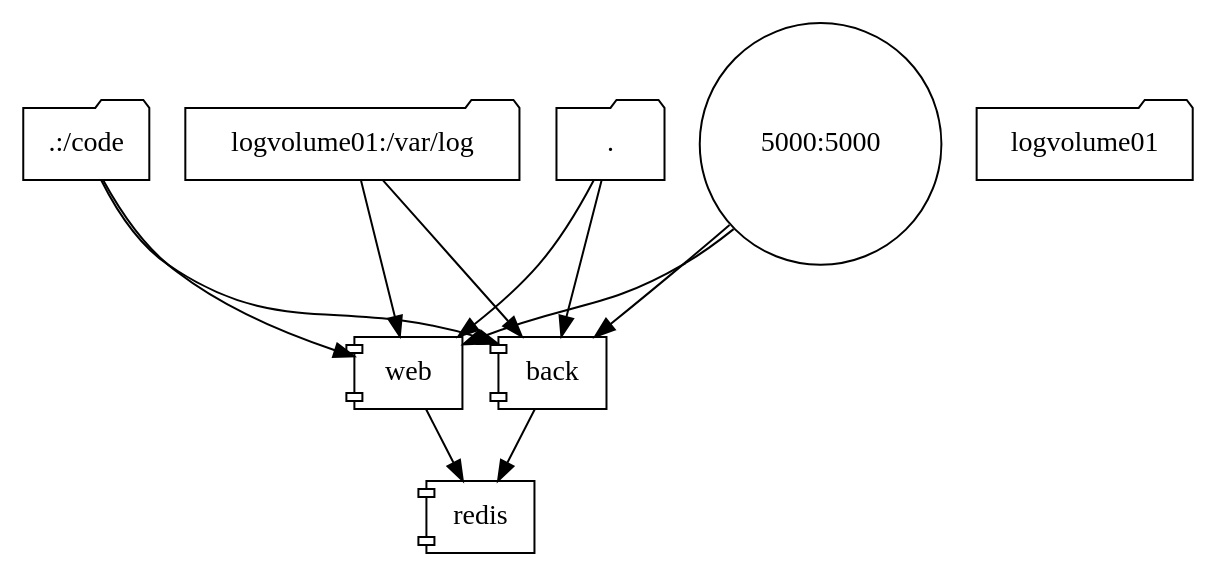
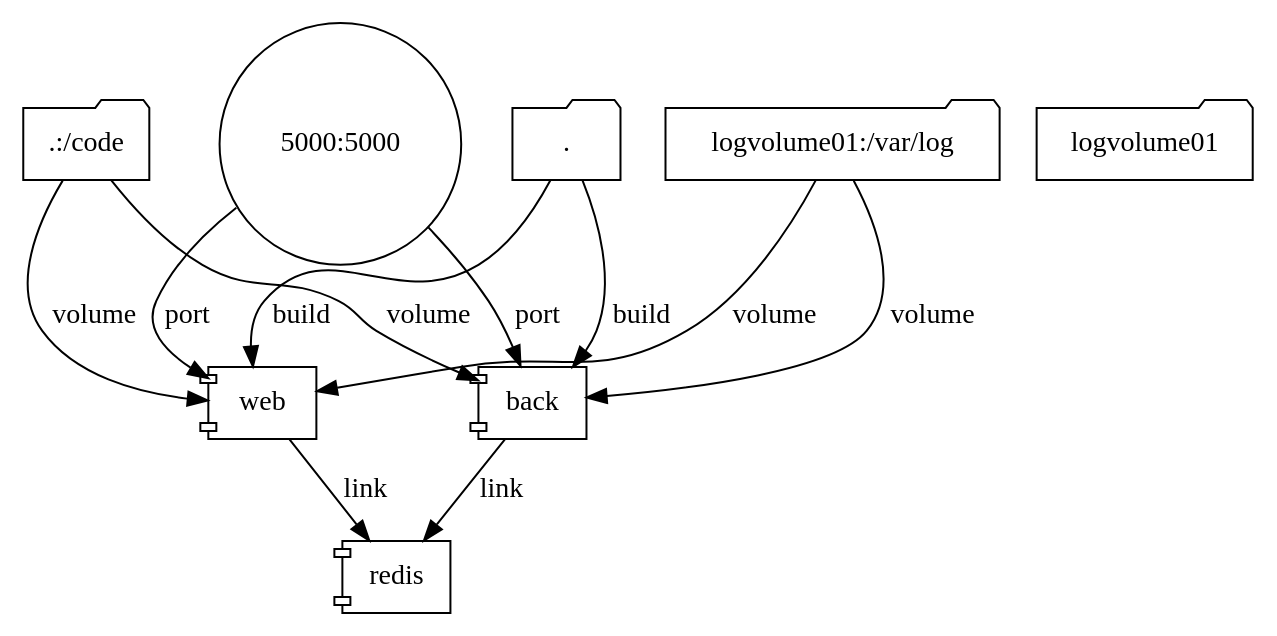
One commit to victorsalaun/docker-compose-visualizer changed the diagram in examples/docker-compose.dot. Above: the diagram before and after it, drawn with Graphviz. The commit also changed 2 other files, not shown here.

```diff
--- a/examples/docker-compose.dot
+++ b/examples/docker-compose.dot
@@ -1,21 +1,21 @@
 digraph docker_compose {
-	"."->"web";
-	"5000:5000"->"web";
-	".:/code"->"web";
-	"logvolume01:/var/log"->"web";
-	"web"->"redis";
-	"."->"back";
-	"5000:5000"->"back";
-	".:/code"->"back";
-	"logvolume01:/var/log"->"back";
-	"back"->"redis";
+	"."->"web"[ label=build ];
+	"5000:5000"->"web"[ label=port ];
+	".:/code"->"web"[ label=volume ];
+	"logvolume01:/var/log"->"web"[ label=volume ];
+	"web"->"redis"[ label=link ];
+	"."->"back"[ label=build ];
+	"5000:5000"->"back"[ label=port ];
+	".:/code"->"back"[ label=volume ];
+	"logvolume01:/var/log"->"back"[ label=volume ];
+	"back"->"redis"[ label=link ];
 	"." [ shape=folder ];
 	".:/code" [ shape=folder ];
 	"5000:5000" [ shape=circle ];
 	"back" [ shape=component ];
 	"logvolume01" [ shape=folder ];
 	"logvolume01:/var/log" [ shape=folder ];
 	"redis" [ shape=component ];
 	"web" [ shape=component ];
 
 }
```
